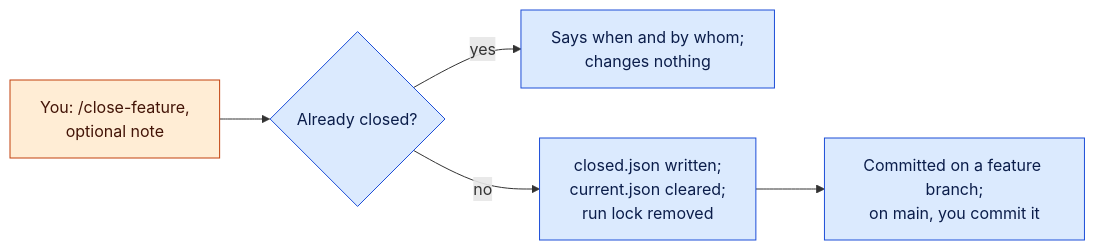
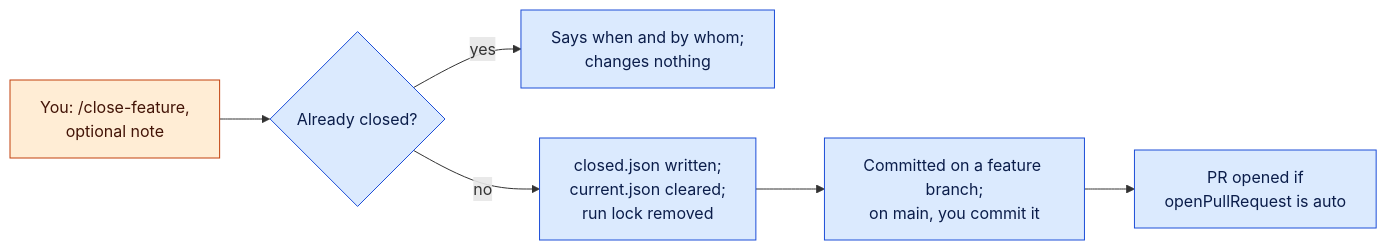
Before and after one commit to FortiumPartners/ensemble-vnext: the eighth of 13 diagrams in docs/guides/PROCESS.md, drawn with Mermaid. The commit also changed other lines of this file and 128 other files, not shown here.

````diff
--- a/docs/guides/PROCESS.md
+++ b/docs/guides/PROCESS.md
@@ -241,9 +286,9 @@
 ```mermaid
 flowchart LR
     a["You: /close-feature,<br/>optional note"]:::you --> c{"Already closed?"}:::code
     c -->|"yes"| n["Says when and by whom;<br/>changes nothing"]:::code
-    c -->|"no"| w["closed.json written;<br/>current.json cleared;<br/>run lock removed"]:::code --> k["Committed on a feature branch;<br/>on main, you commit it"]:::code
+    c -->|"no"| w["closed.json written;<br/>current.json cleared;<br/>run lock removed"]:::code --> k["Committed on a feature branch;<br/>on main, you commit it"]:::code --> pr["PR opened if<br/>openPullRequest is auto"]:::code
     classDef code fill:#dbeafe,stroke:#1d4ed8,color:#0b1d4a
     classDef model fill:#ede9fe,stroke:#6d28d9,color:#2e1065
     classDef you fill:#ffedd5,stroke:#c2410c,color:#431407
 ```
````
